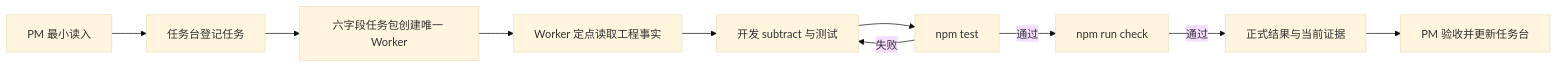
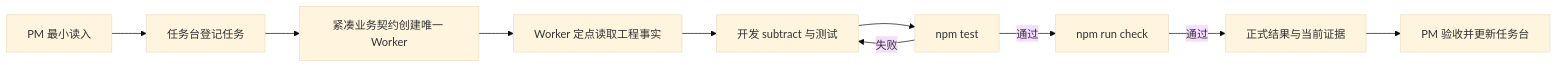
The diagram in docs/快速开始.md (adubeyond/beyond-ai-collaboration), drawn with Mermaid (base theme) before and after one commit. The commit also changed other lines of this file and 37 other files, not shown here.

````diff
--- a/docs/快速开始.md
+++ b/docs/快速开始.md
@@ -104,12 +104,12 @@
 ```mermaid
 flowchart LR
     A["PM 最小读入"] --> B["任务台登记任务"]
-    B --> C["六字段任务包创建唯一 Worker"]
+    B --> C["紧凑业务契约创建唯一 Worker"]
     C --> D["Worker 定点读取工程事实"]
     D --> E["开发 subtract 与测试"]
     E --> F["npm test"]
     F -->|"失败"| E
     F -->|"通过"| G["npm run check"]
     G -->|"通过"| H["正式结果与当前证据"]
     H --> I["PM 验收并更新任务台"]
 ```
````
